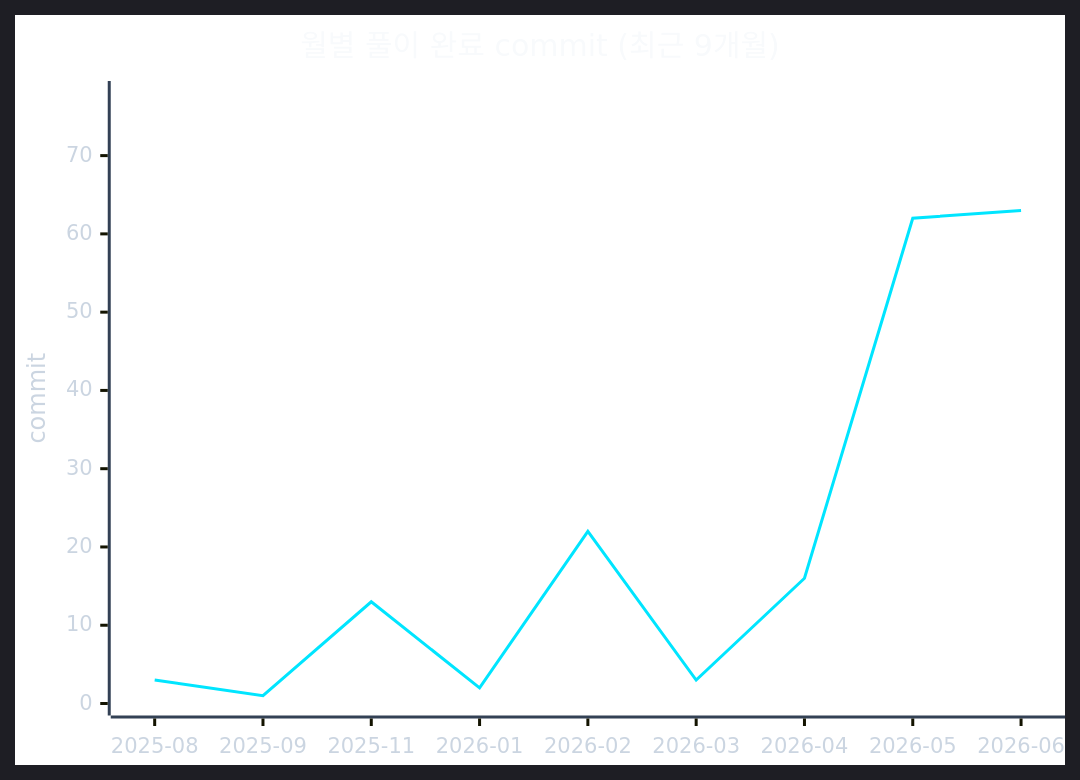
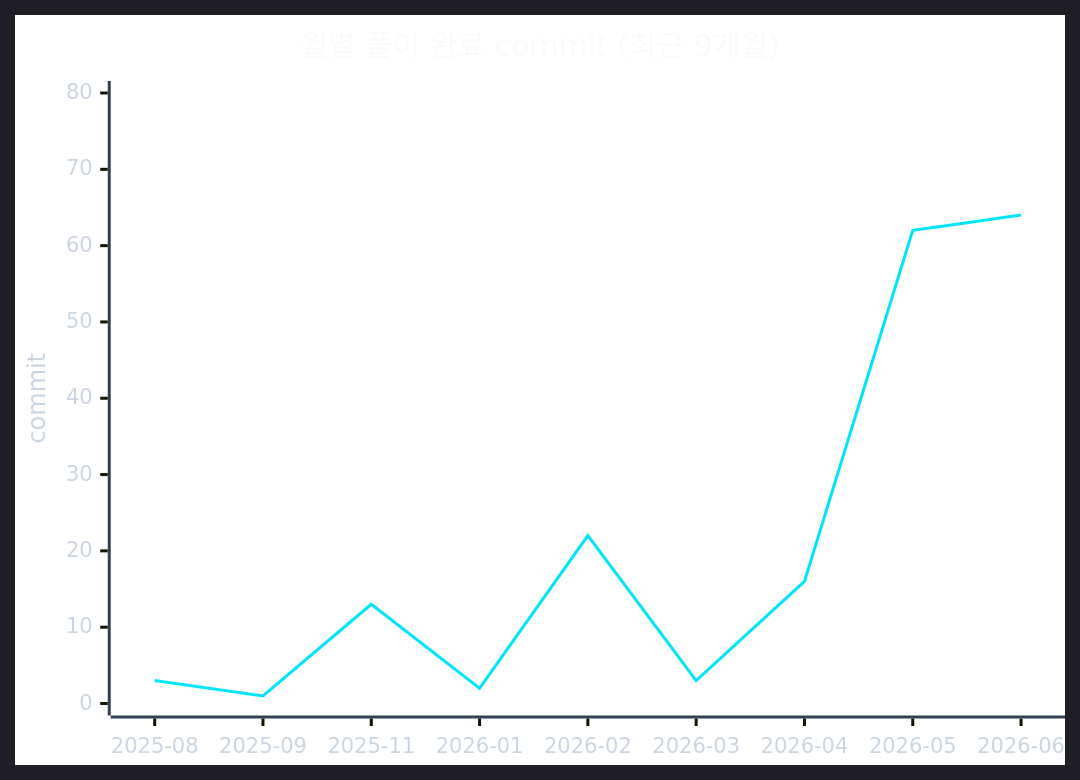
One commit to CHOOSLA/Algorithm changed the second of 2 diagrams in readme.md. Above: the diagram before and after it, drawn with Mermaid. The commit also changed 1 other file, not shown here.

Commit message:
[Passed] 밭의 높이를 고르게하기 (152ms, 10MB)

````diff
--- a/readme.md
+++ b/readme.md
@@ -71,22 +71,22 @@
 ```mermaid
 ---
 config:
   theme: dark
   themeVariables:
     background: '#0d1117'
     xyChart:
       titleColor: '#f8fafc'
       xAxisLabelColor: '#cbd5e1'
       xAxisTitleColor: '#cbd5e1'
       xAxisLineColor: '#334155'
       yAxisLabelColor: '#cbd5e1'
       yAxisTitleColor: '#cbd5e1'
       yAxisLineColor: '#334155'
       plotColorPalette: '#00e5ff'
 ---
 xychart-beta
   title "월별 풀이 완료 commit (최근 9개월)"
   x-axis ["2025-08", "2025-09", "2025-11", "2026-01", "2026-02", "2026-03", "2026-04", "2026-05", "2026-06"]
-  y-axis "commit" 0 --> 78
-  line [3, 1, 13, 2, 22, 3, 16, 62, 63]
+  y-axis "commit" 0 --> 80
+  line [3, 1, 13, 2, 22, 3, 16, 62, 64]
 ```
````
